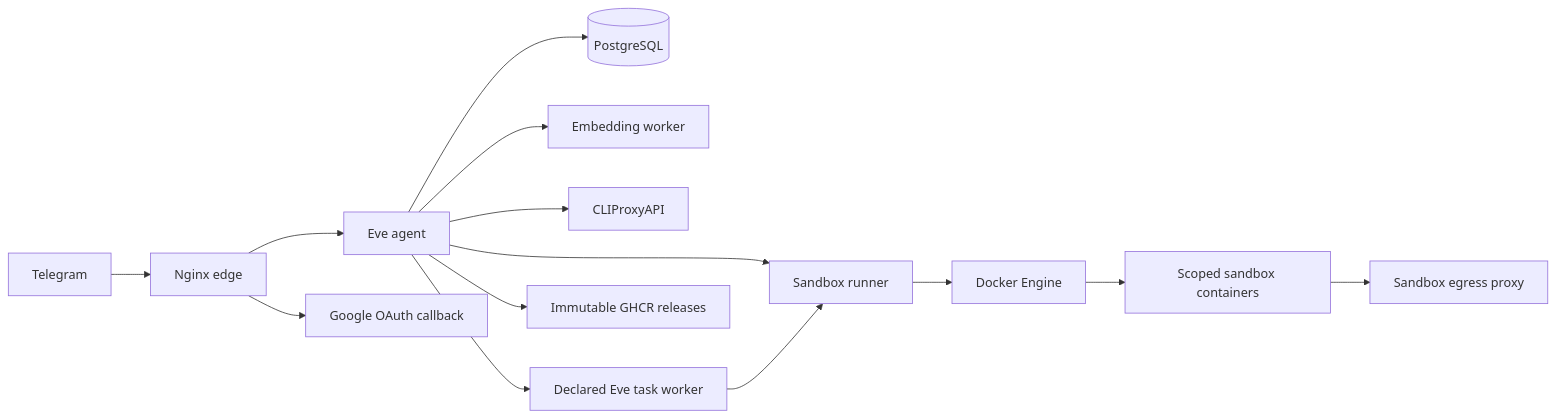
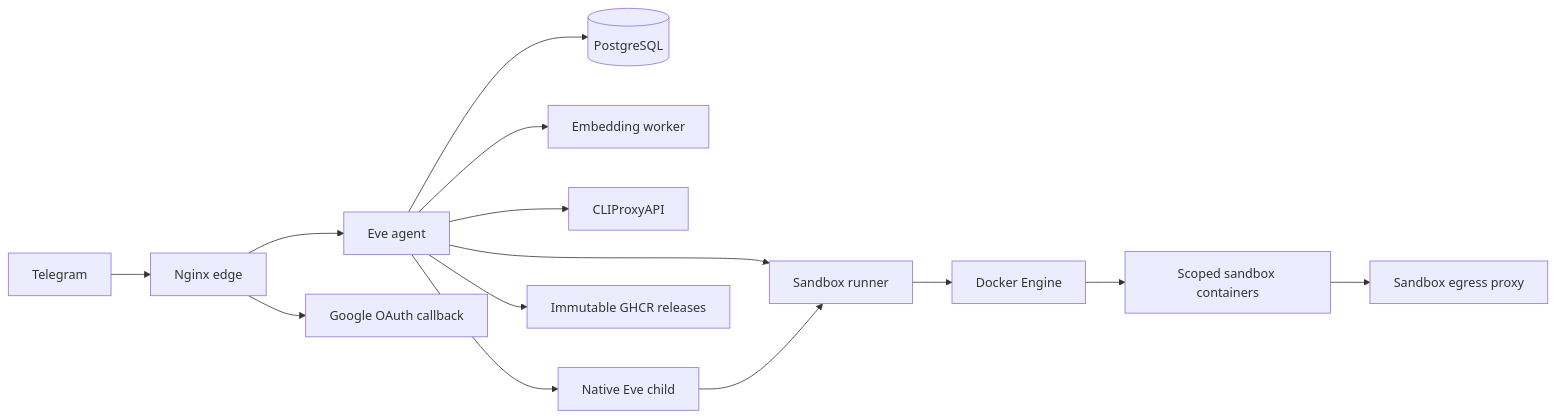
Before and after one commit to ilkruglov/osinara: the diagram in README.md, drawn with Mermaid. The commit also changed other lines of this file and 37 other files, not shown here.

````diff
--- a/README.md
+++ b/README.md
@@ -45,16 +45,16 @@
 ```mermaid
 flowchart LR
   Telegram[Telegram] --> Edge[Nginx edge]
   Edge --> Agent[Eve agent]
   Edge --> OAuth[Google OAuth callback]
   Agent --> Postgres[(PostgreSQL)]
   Agent --> Runner[Sandbox runner]
   Agent --> Memory[Embedding worker]
   Agent --> CLIProxy[CLIProxyAPI]
-  Agent --> Worker[Declared Eve task worker]
-  Worker --> Runner
+  Agent --> Child[Native Eve child]
+  Child --> Runner
   Runner --> Docker[Docker Engine]
   Docker --> Sandbox[Scoped sandbox containers]
   Sandbox --> Egress[Sandbox egress proxy]
   Agent --> GHCR[Immutable GHCR releases]
 ```
````
